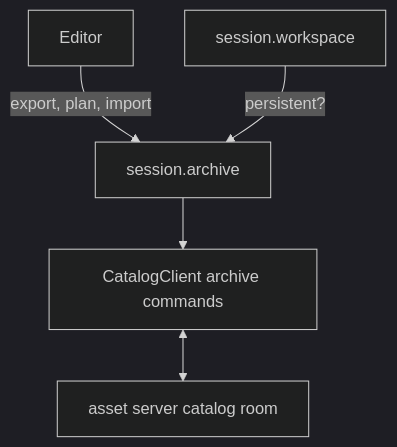
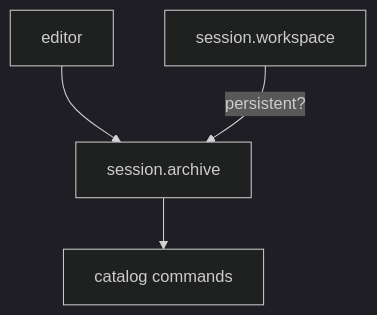
Before and after one commit to JollyPixel/editor: diagram 11 of 14 in packages/editors/host/ARCHITECTURE.md, drawn with Mermaid (dark theme). The commit also changed other lines of this file and 114 other files, not shown here.

````diff
--- a/packages/editors/host/ARCHITECTURE.md
+++ b/packages/editors/host/ARCHITECTURE.md
@@ -272,7 +170,6 @@
 ```mermaid
 flowchart TB
-  Editor -->|"export, plan, import"| Archive["session.archive"]
-  Archive --> Catalog["CatalogClient archive commands"]
-  Catalog <--> Server["asset server catalog room"]
-  Workspace["session.workspace"] -->|"persistent?"| Archive
+    Editor["editor"] --> Archive["session.archive"]
+    Archive --> Catalog["catalog commands"]
+    Workspace["session.workspace"] -->|"persistent?"| Archive
 ```
````
